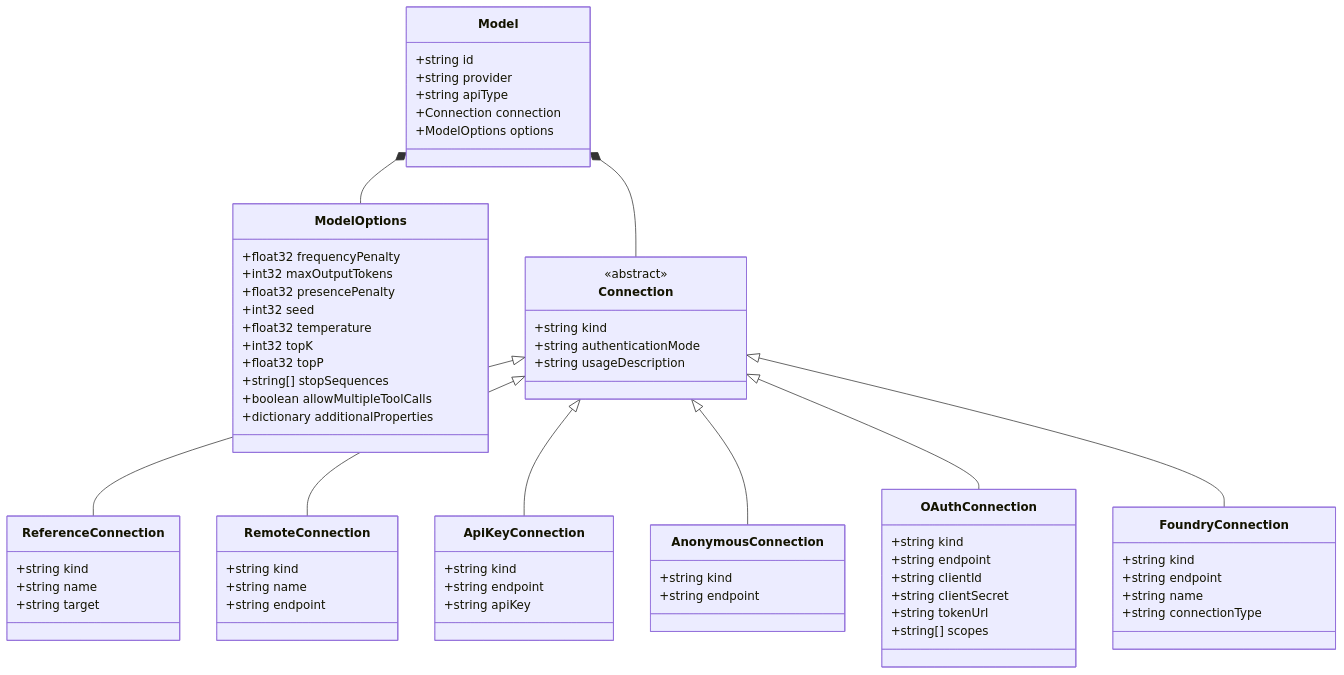
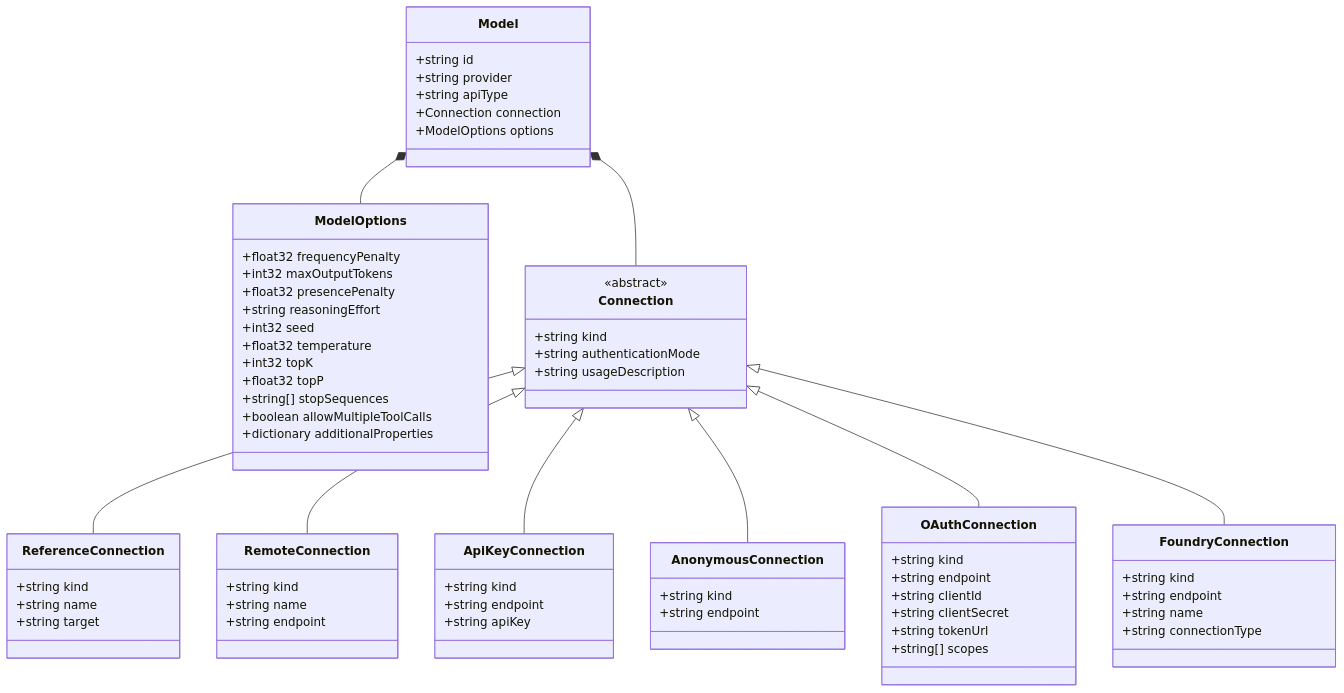
Before and after one commit to microsoft/prompty: the third of 9 diagrams in web/src/content/docs/reference/index.md, drawn with Mermaid. The commit also changed 3 other files, not shown here.

Commit message:
docs: regenerate reference docs and vscode schema for reasoningEffort

````diff
--- a/web/src/content/docs/reference/index.md
+++ b/web/src/content/docs/reference/index.md
@@ -106,69 +106,70 @@
 ```mermaid
 classDiagram
     class Model {
         +string id
         +string provider
         +string apiType
         +Connection connection
         +ModelOptions options
     }
     class ModelOptions {
         +float32 frequencyPenalty
         +int32 maxOutputTokens
         +float32 presencePenalty
+        +string reasoningEffort
         +int32 seed
         +float32 temperature
         +int32 topK
         +float32 topP
         +string[] stopSequences
         +boolean allowMultipleToolCalls
         +dictionary additionalProperties
     }
     class Connection {
       <<abstract>>
         +string kind
         +string authenticationMode
         +string usageDescription
     }
     class ApiKeyConnection {
         +string kind
         +string endpoint
         +string apiKey
     }
     class ReferenceConnection {
         +string kind
         +string name
         +string target
     }
     class RemoteConnection {
         +string kind
         +string name
         +string endpoint
     }
     class AnonymousConnection {
         +string kind
         +string endpoint
     }
     class OAuthConnection {
         +string kind
         +string endpoint
         +string clientId
         +string clientSecret
         +string tokenUrl
         +string[] scopes
     }
     class FoundryConnection {
         +string kind
         +string endpoint
         +string name
         +string connectionType
     }
     Connection <|-- ReferenceConnection
     Connection <|-- RemoteConnection
     Connection <|-- ApiKeyConnection
     Connection <|-- AnonymousConnection
     Connection <|-- OAuthConnection
     Connection <|-- FoundryConnection
     Model *-- Connection
     Model *-- ModelOptions
 ```
````
